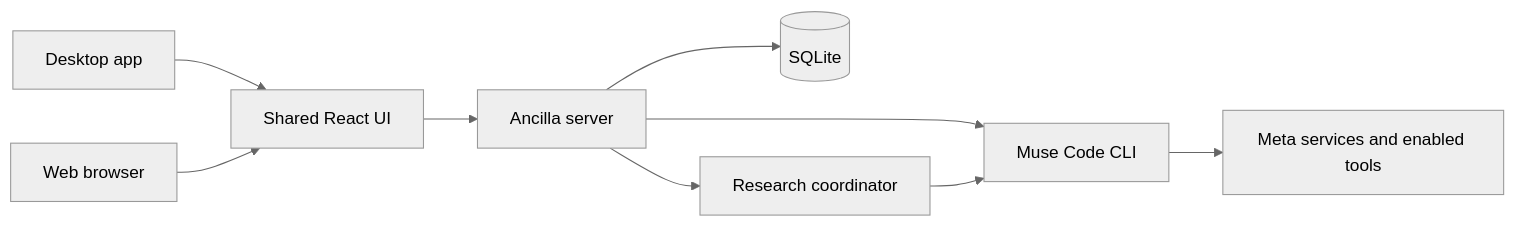
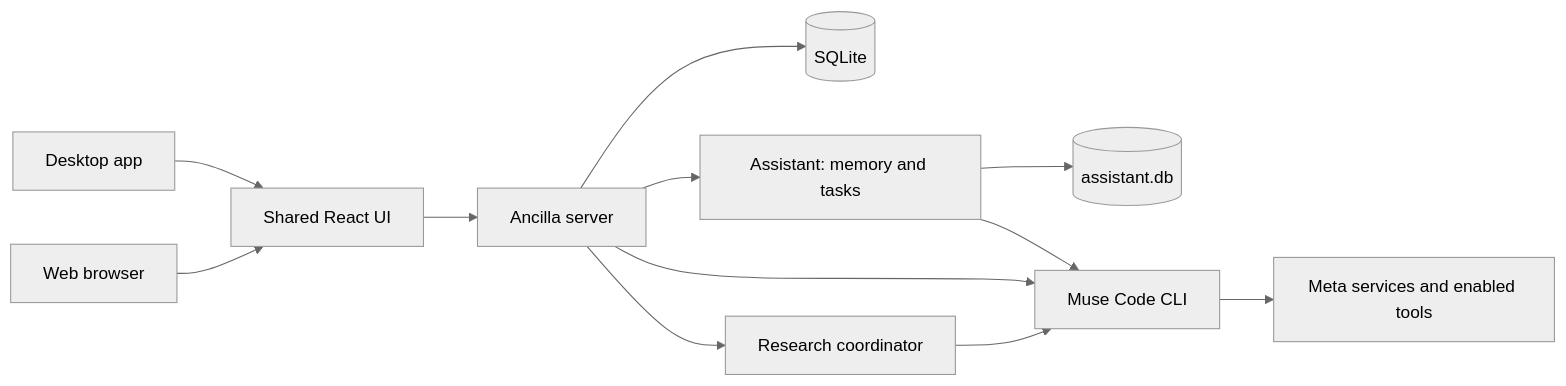
Before and after one commit to aleff-ferreira/ancilla: the diagram in README.md, drawn with Mermaid (neutral theme). The commit also changed other lines of this file and 48 other files, not shown here.

````diff
--- a/README.md
+++ b/README.md
@@ -317,11 +334,14 @@
 ```mermaid
 flowchart LR
   Desktop[Desktop app] --> UI[Shared React UI]
   Browser[Web browser] --> UI
   UI --> Server[Ancilla server]
   Server --> Store[(SQLite)]
+  Server --> Assistant[Assistant: memory and tasks]
+  Assistant --> Notes[(assistant.db)]
+  Assistant --> Muse
   Server --> Research[Research coordinator]
   Server --> Muse[Muse Code CLI]
   Research --> Muse
   Muse --> Services[Meta services and enabled tools]
 ```
````
